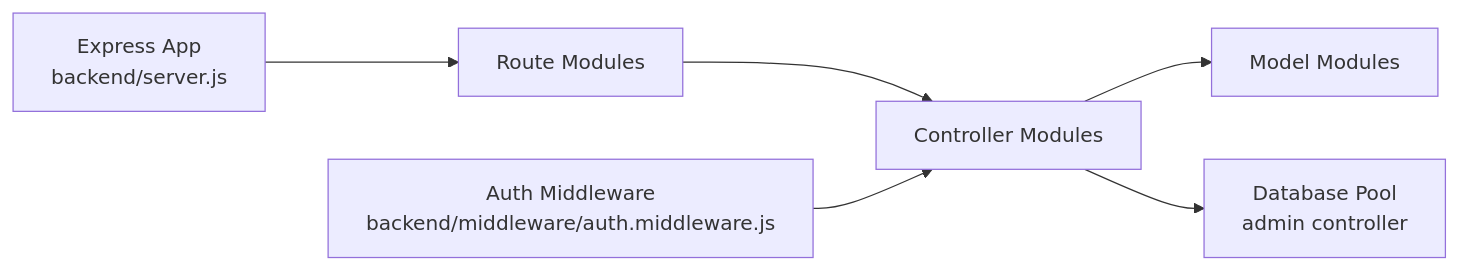
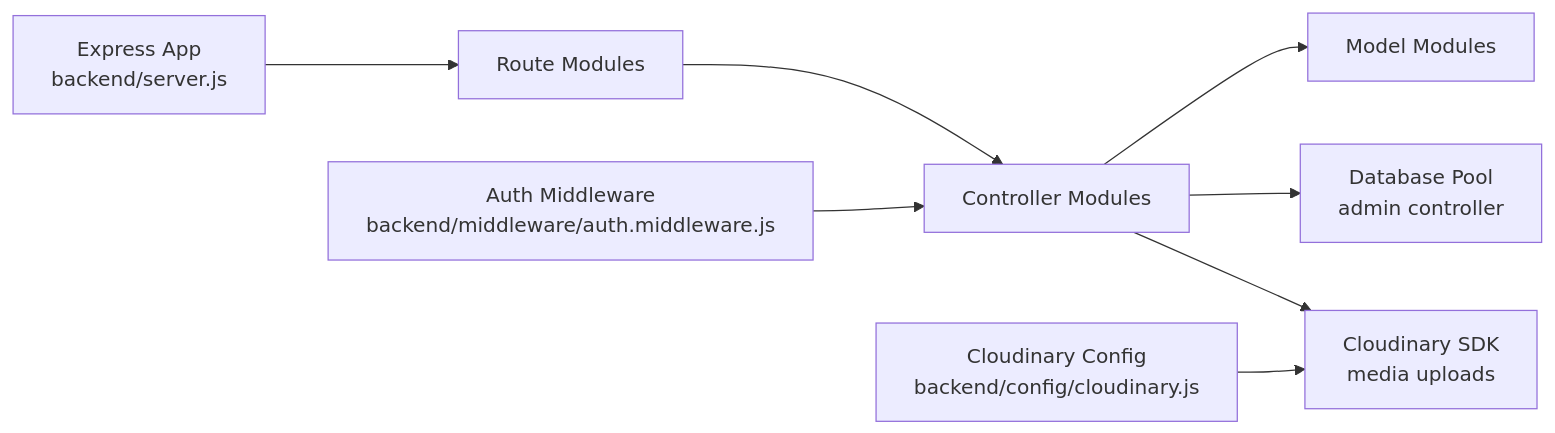
The third of 3 diagrams in .qoder/repowiki/en/content/Backend API Documentation/Backend API Documentation.md (Alexandrexicara/craque-vision), drawn with Mermaid before and after one commit. The commit also changed other lines of this file and 5 other files, not shown here.

````diff
--- a/.qoder/repowiki/en/content/Backend API Documentation/Backend API Documentation.md
+++ b/.qoder/repowiki/en/content/Backend API Documentation/Backend API Documentation.md
@@ -434,8 +539,10 @@
 ```mermaid
 graph LR
 Express["Express App<br/>backend/server.js"] --> Routes["Route Modules"]
 Routes --> Controllers["Controller Modules"]
 Controllers --> Models["Model Modules"]
 Controllers --> Pool["Database Pool<br/>admin controller"]
+Controllers --> Cloudinary["Cloudinary SDK<br/>media uploads"]
 Middleware["Auth Middleware<br/>backend/middleware/auth.middleware.js"] --> Controllers
+CloudinaryConfig["Cloudinary Config<br/>backend/config/cloudinary.js"] --> Cloudinary
 ```
````
